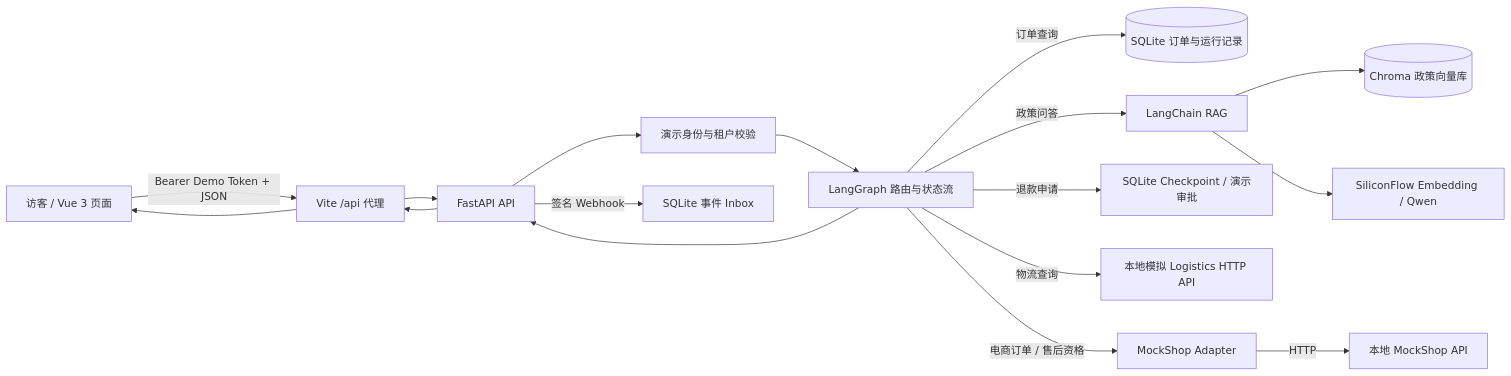
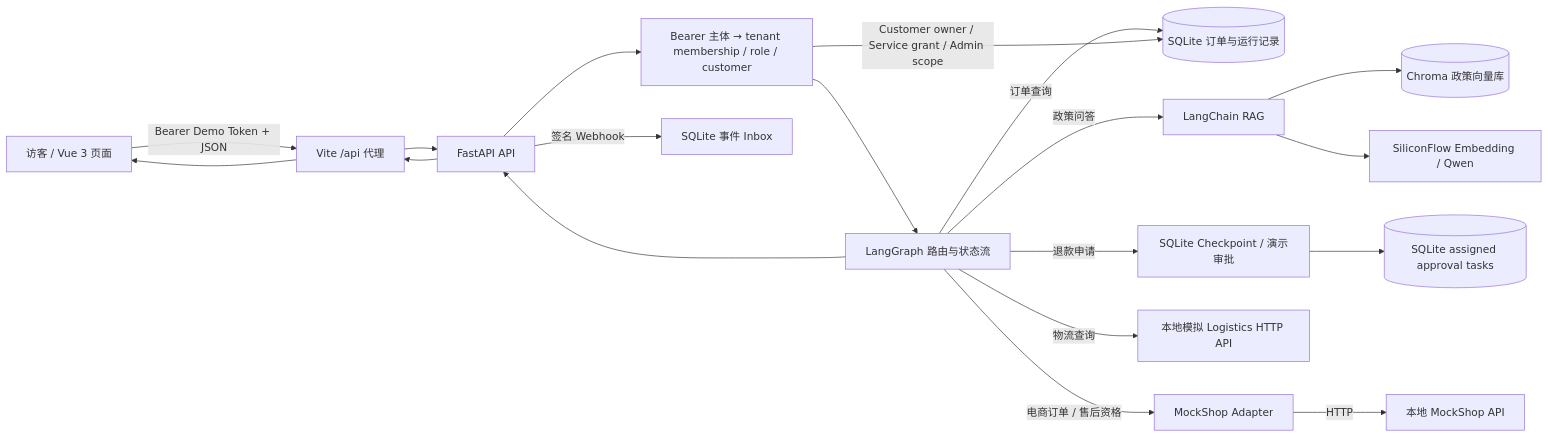
The diagram in README.md (KaelLee335/enterprise-support-agent-v2), drawn with Mermaid before and after one commit. The commit also changed other lines of this file and 53 other files, not shown here.

````diff
--- a/README.md
+++ b/README.md
@@ -23,17 +23,19 @@
 ```mermaid
 flowchart LR
   U[访客 / Vue 3 页面] -->|Bearer Demo Token + JSON| V[Vite /api 代理]
   V --> F[FastAPI API]
-  F --> A[演示身份与租户校验]
+  F --> A[Bearer 主体 → tenant membership / role / customer]
   A --> G[LangGraph 路由与状态流]
   G -->|订单查询| S[(SQLite 订单与运行记录)]
   G -->|政策问答| R[LangChain RAG]
   R --> C[(Chroma 政策向量库)]
   R --> M[SiliconFlow Embedding / Qwen]
   G -->|退款申请| H[SQLite Checkpoint / 演示审批]
+  H --> T[(SQLite assigned approval tasks)]
+  A -->|Customer owner / Service grant / Admin scope| S
   G -->|物流查询| L[本地模拟 Logistics HTTP API]
   G -->|电商订单 / 售后资格| I[MockShop Adapter]
   I -->|HTTP| P[本地 MockShop API]
   F -->|签名 Webhook| W[SQLite 事件 Inbox]
   G --> F --> V --> U
 ```
````
